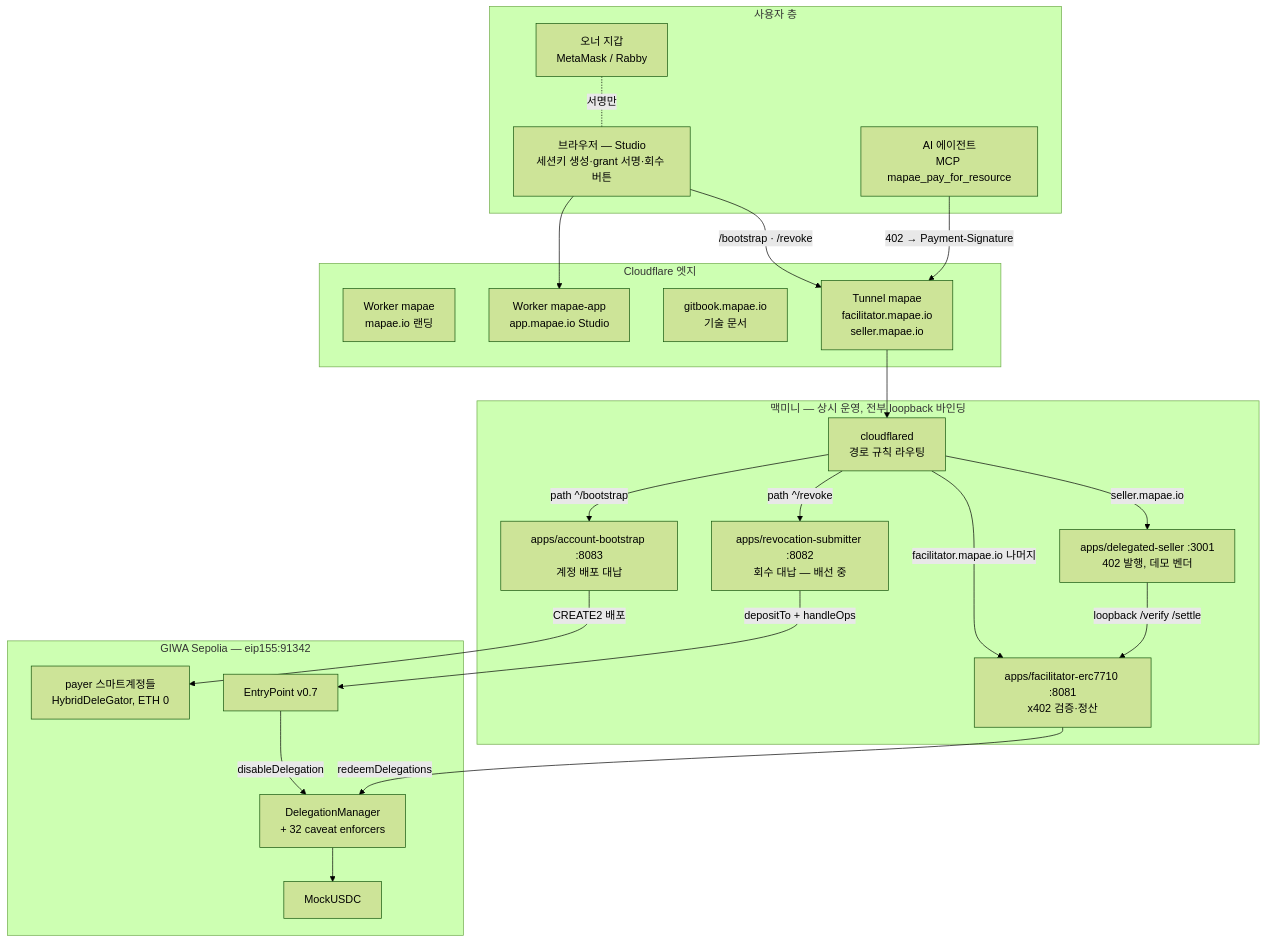
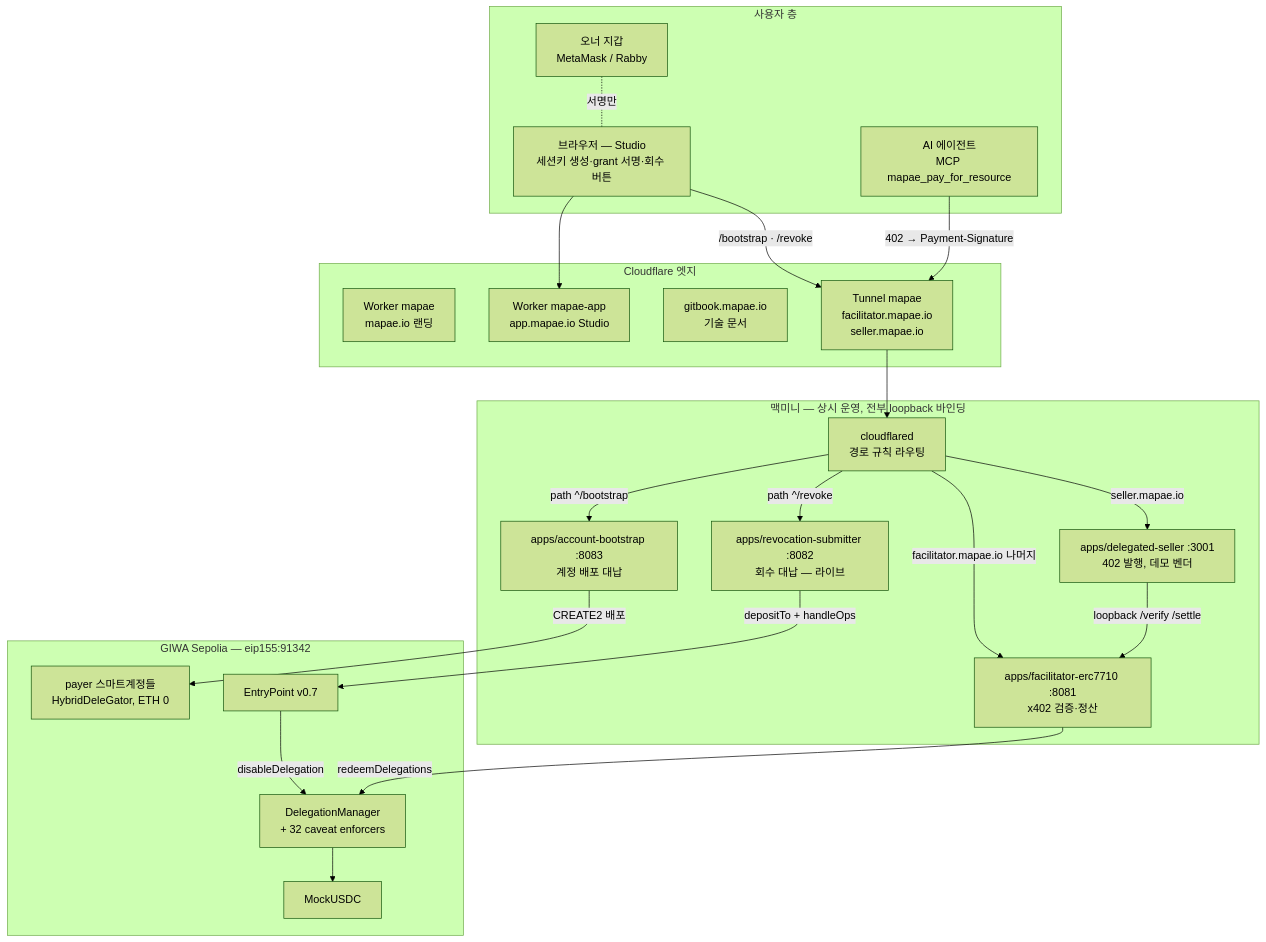
One commit to kooroot/Mapae changed the first of 5 diagrams in docs/infra-map.md. Above: the diagram before and after it, drawn with Mermaid (forest theme). The commit also changed other lines of this file and 6 other files, not shown here.

````diff
--- a/docs/infra-map.md
+++ b/docs/infra-map.md
@@ -29,46 +29,46 @@
 ```mermaid
 flowchart TB
     subgraph USER["사용자 층"]
         BROWSER["브라우저 — Studio<br/>세션키 생성·grant 서명·회수 버튼"]
         WALLET["오너 지갑<br/>MetaMask / Rabby"]
         AGENT["AI 에이전트<br/>MCP mapae_pay_for_resource"]
     end
 
     subgraph EDGE["Cloudflare 엣지"]
         LANDING["Worker mapae<br/>mapae.io 랜딩"]
         APP["Worker mapae-app<br/>app.mapae.io Studio"]
         DOCS["gitbook.mapae.io<br/>기술 문서"]
         TUNNEL["Tunnel mapae<br/>facilitator.mapae.io<br/>seller.mapae.io"]
     end
 
     subgraph MINI["맥미니 — 상시 운영, 전부 loopback 바인딩"]
         CFD["cloudflared<br/>경로 규칙 라우팅"]
         FAC["apps/facilitator-erc7710 :8081<br/>x402 검증·정산"]
         SELLER["apps/delegated-seller :3001<br/>402 발행, 데모 벤더"]
         BOOT["apps/account-bootstrap :8083<br/>계정 배포 대납"]
-        REVO["apps/revocation-submitter :8082<br/>회수 대납 — 배선 중"]
+        REVO["apps/revocation-submitter :8082<br/>회수 대납 — 라이브"]
     end
 
     subgraph CHAIN["GIWA Sepolia — eip155:91342"]
         USDC["MockUSDC"]
         DM["DelegationManager<br/>+ 32 caveat enforcers"]
         EP["EntryPoint v0.7"]
         PAYER["payer 스마트계정들<br/>HybridDeleGator, ETH 0"]
     end
 
     BROWSER --> APP
     WALLET -.서명만.- BROWSER
     AGENT -->|"402 → Payment-Signature"| TUNNEL
     BROWSER -->|"/bootstrap · /revoke"| TUNNEL
     TUNNEL --> CFD
     CFD -->|"path ^/bootstrap"| BOOT
     CFD -->|"path ^/revoke"| REVO
     CFD -->|"facilitator.mapae.io 나머지"| FAC
     CFD -->|"seller.mapae.io"| SELLER
     SELLER -->|"loopback /verify /settle"| FAC
     FAC -->|"redeemDelegations"| DM
     DM --> USDC
     BOOT -->|"CREATE2 배포"| PAYER
     REVO -->|"depositTo + handleOps"| EP
     EP -->|"disableDelegation"| DM
 ```
````
